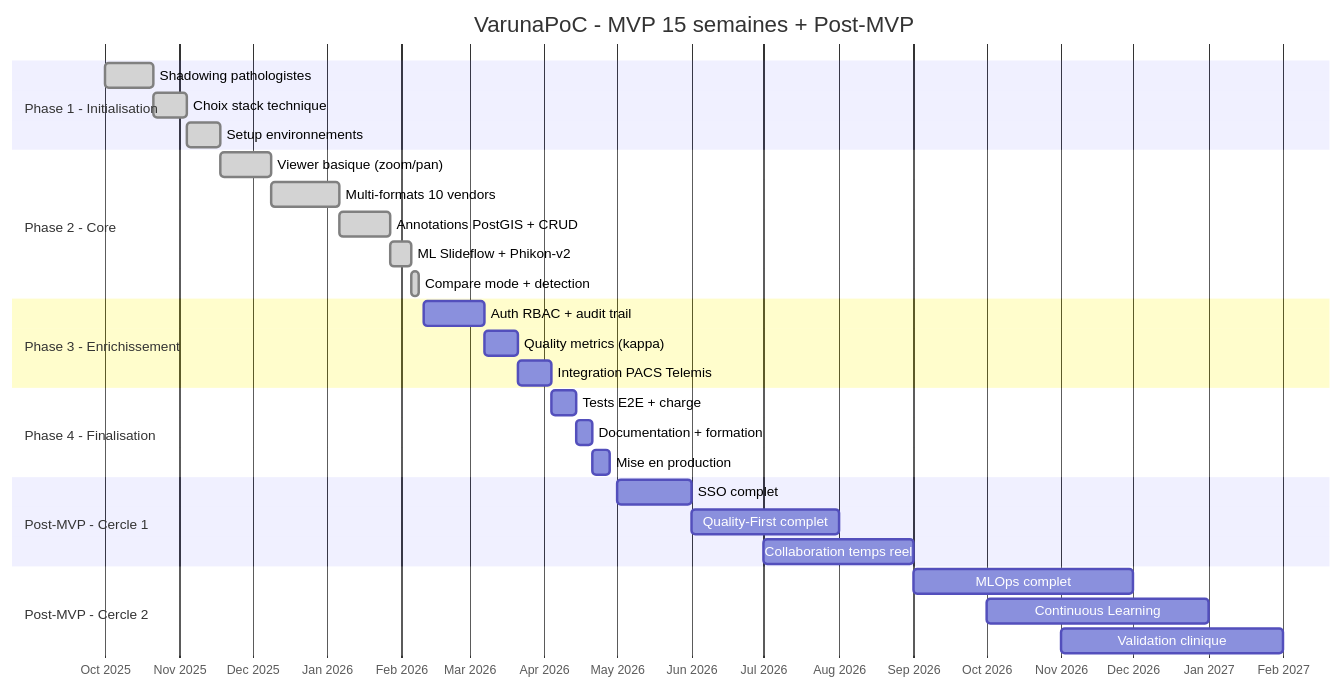
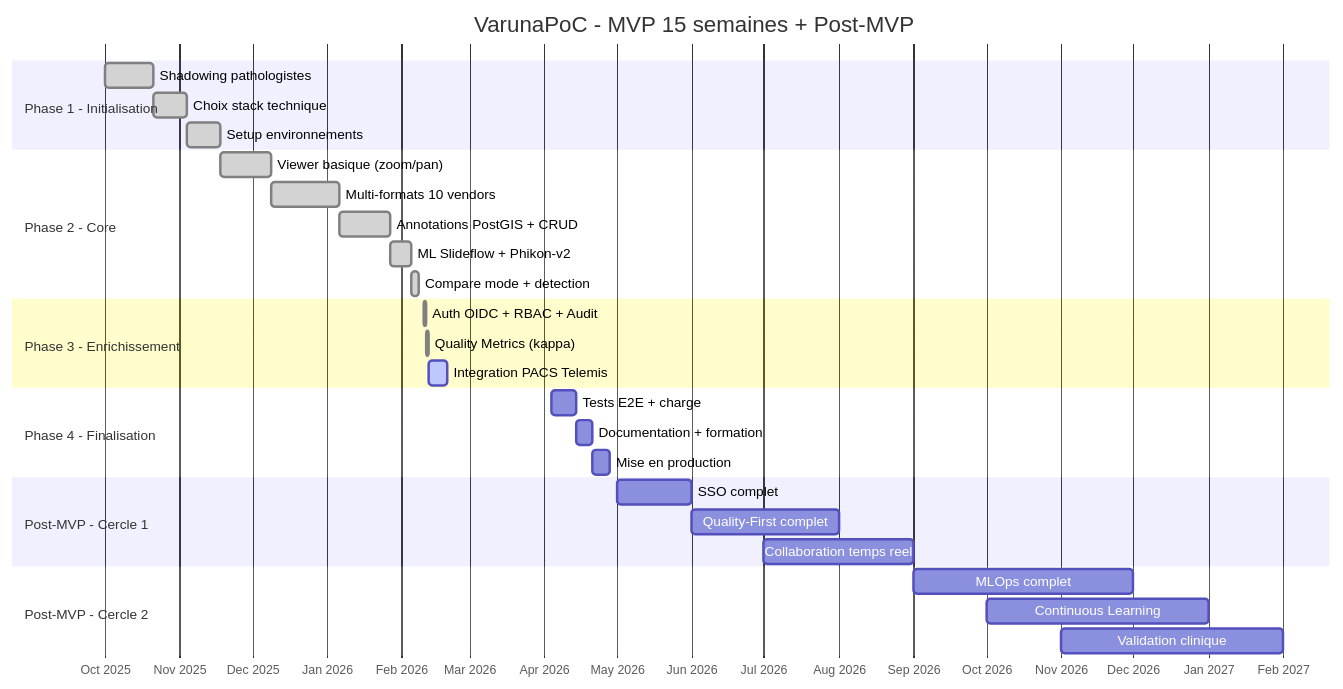
Before and after one commit to Yanstart/VarunaPoC: the first of 2 diagrams in .claude/memory/ROADMAP.md, drawn with Mermaid. The commit also changed other lines of this file and 6 other files, not shown here.

````diff
--- a/.claude/memory/ROADMAP.md
+++ b/.claude/memory/ROADMAP.md
@@ -77,38 +83,38 @@
 ```mermaid
 gantt
     title VarunaPoC - MVP 15 semaines + Post-MVP
     dateFormat  YYYY-MM-DD
     axisFormat  %b %Y
 
     section Phase 1 - Initialisation
     Shadowing pathologistes           :done, p1a, 2025-10-01, 2025-10-21
     Choix stack technique             :done, p1b, 2025-10-21, 2025-11-04
     Setup environnements              :done, p1c, 2025-11-04, 2025-11-18
 
     section Phase 2 - Core
     Viewer basique (zoom/pan)         :done, p2a, 2025-11-18, 2025-12-09
     Multi-formats 10 vendors          :done, p2b, 2025-12-09, 2026-01-06
     Annotations PostGIS + CRUD        :done, p2c, 2026-01-06, 2026-01-27
     ML Slideflow + Phikon-v2          :done, p2d, 2026-01-27, 2026-02-05
     Compare mode + detection          :done, p2e, 2026-02-05, 2026-02-08
 
     section Phase 3 - Enrichissement
-    Auth RBAC + audit trail           :p3a, 2026-02-10, 2026-03-07
-    Quality metrics (kappa)           :p3b, 2026-03-07, 2026-03-21
-    Integration PACS Telemis          :p3c, 2026-03-21, 2026-04-04
+    Auth OIDC + RBAC + Audit          :done, p3a, 2026-02-10, 2026-02-11
+    Quality Metrics (kappa)           :done, p3b, 2026-02-11, 2026-02-12
+    Integration PACS Telemis          :active, p3c, 2026-02-12, 2026-02-20
 
     section Phase 4 - Finalisation
     Tests E2E + charge                :p4a, 2026-04-04, 2026-04-14
     Documentation + formation         :p4b, 2026-04-14, 2026-04-21
     Mise en production                :p4c, 2026-04-21, 2026-04-28
 
     section Post-MVP - Cercle 1
     SSO complet                       :post1a, 2026-05-01, 2026-06-01
     Quality-First complet             :post1b, 2026-06-01, 2026-08-01
     Collaboration temps reel          :post1c, 2026-07-01, 2026-09-01
 
     section Post-MVP - Cercle 2
     MLOps complet                     :post2a, 2026-09-01, 2026-12-01
     Continuous Learning               :post2b, 2026-10-01, 2027-01-01
     Validation clinique               :post2c, 2026-11-01, 2027-02-01
 ```
````
